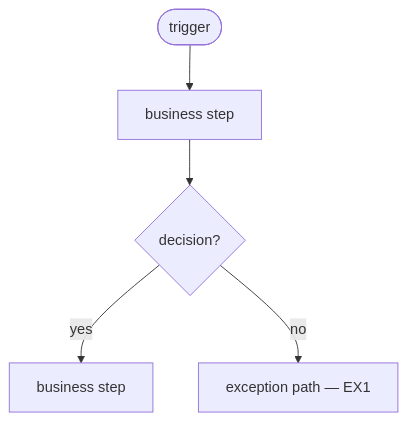
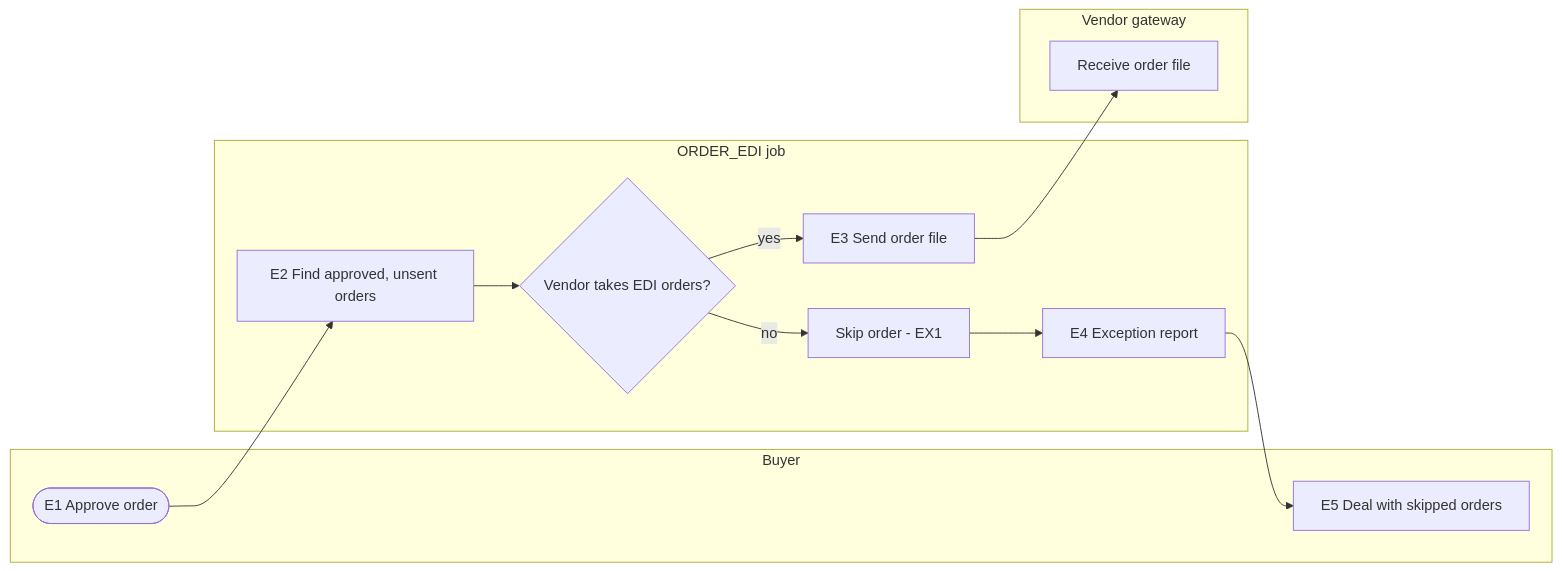
Before and after one commit to Loneranger001/software_engineer_stack: the diagram in templates/fdd.md, drawn with Mermaid. The commit also changed other lines of this file and 14 other files, not shown here.

````diff
--- a/templates/fdd.md
+++ b/templates/fdd.md
@@ -104,7 +148,19 @@
 ```mermaid
-flowchart TD
-    T([trigger]) --> S1[business step]
-    S1 --> D{decision?}
-    D -- yes --> S2[business step]
-    D -- no --> X[exception path — EX1]
+flowchart LR
+    subgraph BUYER [Buyer]
+        E1([E1 Approve order])
+        E5[E5 Deal with skipped orders]
+    end
+    subgraph JOB [ORDER_EDI job]
+        E2[E2 Find approved, unsent orders] --> D{Vendor takes EDI orders?}
+        D -- yes --> E3[E3 Send order file]
+        D -- no --> X[Skip order - EX1]
+        X --> E4[E4 Exception report]
+    end
+    subgraph GATEWAY [Vendor gateway]
+        G[Receive order file]
+    end
+    E1 --> E2
+    E3 --> G
+    E4 --> E5
 ```
````
